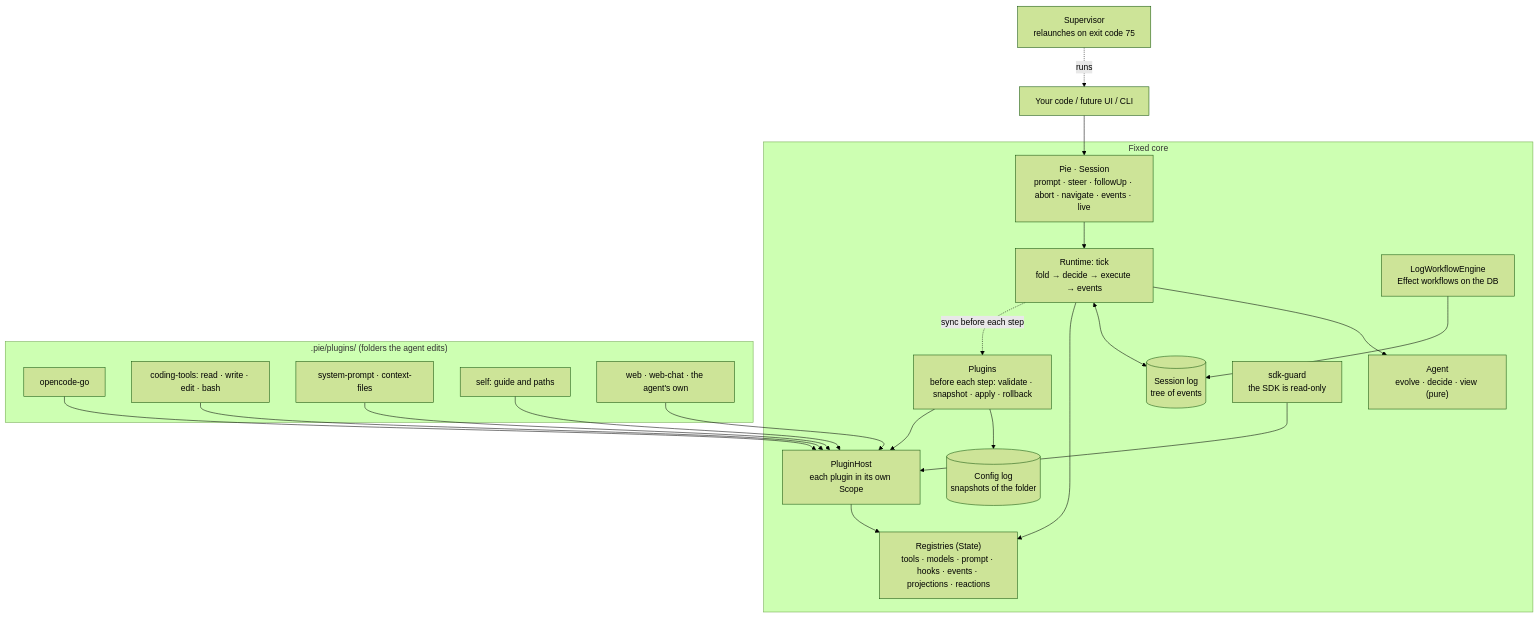
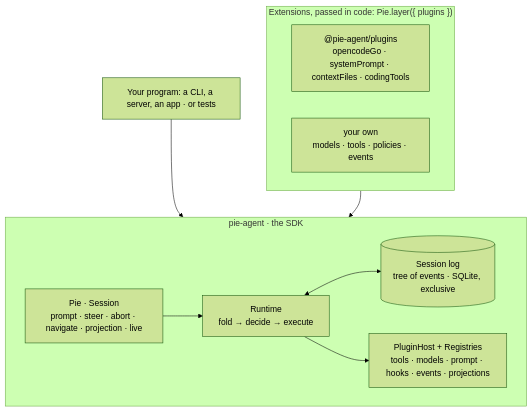
One commit to JavierDeDiegoGuzman/pie changed the diagram in packages/sdk/docs/diagrams/layers.mmd. Above: the diagram before and after it, drawn with Mermaid (forest theme). The commit also changed 110 other files, not shown here.

```diff
--- a/packages/sdk/docs/diagrams/layers.mmd
+++ b/packages/sdk/docs/diagrams/layers.mmd
@@ -1,33 +1,18 @@
 flowchart TB
-  host["Your code / future UI / CLI"]
-  sup["Supervisor<br/>relaunches on exit code 75"]
-  subgraph CORE["Fixed core"]
-    api["Pie · Session<br/>prompt · steer · followUp · abort · navigate · events · live"]
-    rt["Runtime: tick<br/>fold → decide → execute → events"]
-    agent["Agent<br/>evolve · decide · view (pure)"]
-    log[("Session log<br/>tree of events")]
-    cfg[("Config log<br/>snapshots of the folder")]
-    mgr["Plugins<br/>before each step: validate · snapshot · apply · rollback"]
-    guard["sdk-guard<br/>the SDK is read-only"]
-    reg["Registries (State)<br/>tools · models · prompt · hooks · events · projections · reactions"]
-    host2["PluginHost<br/>each plugin in its own Scope"]
-    wf["LogWorkflowEngine<br/>Effect workflows on the DB"]
+  host["Your program: a CLI, a server, an app · or tests"]
+  subgraph CORE["pie-agent · the SDK"]
+    direction LR
+    api["Pie · Session<br/>prompt · steer · abort · navigate · projection · live"]
+    rt["Runtime<br/>fold → decide → execute"]
+    log[("Session log<br/>tree of events · SQLite, exclusive")]
+    reg["PluginHost + Registries<br/>tools · models · prompt · hooks · events · projections"]
+    api --> rt <--> log
+    rt --> reg
   end
-  subgraph PLUGINS[".pie/plugins/ (folders the agent edits)"]
-    p1["opencode-go"]
-    p2["coding-tools: read · write · edit · bash"]
-    p3["system-prompt · context-files"]
-    p4["self: guide and paths"]
-    p5["web · web-chat · the agent's own"]
+  subgraph EXT["Extensions, passed in code: Pie.layer({ plugins })"]
+    direction LR
+    e1["@pie-agent/plugins<br/>opencodeGo · systemPrompt · contextFiles · codingTools"]
+    e2["your own<br/>models · tools · policies · events"]
   end
-  host --> api --> rt
-  sup -. runs .-> host
-  rt --> agent
-  rt <--> log
-  mgr --> cfg
-  mgr --> host2 --> reg
-  rt --> reg
-  p1 & p2 & p3 & p4 & p5 --> host2
-  rt -. sync before each step .-> mgr
-  guard --> host2
-  wf --> log
+  host --> api
+  EXT --> reg
```
